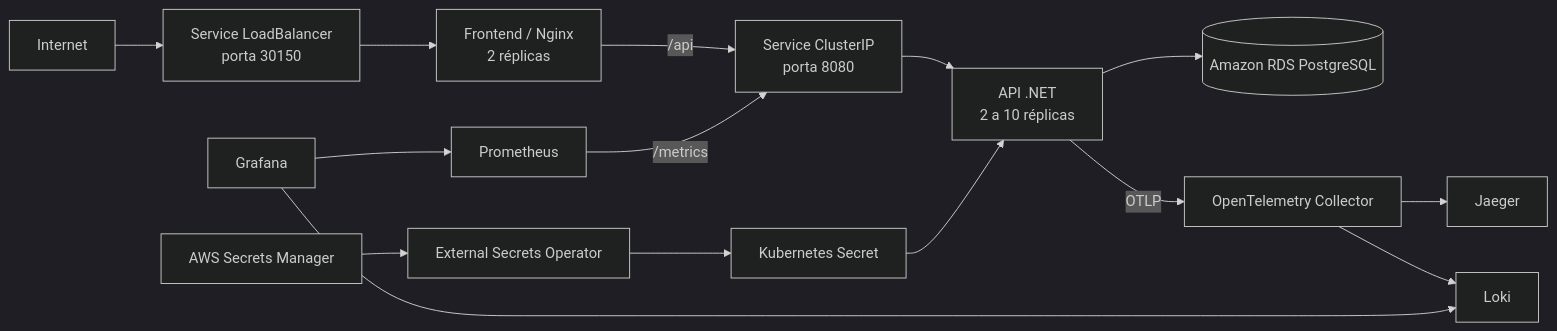
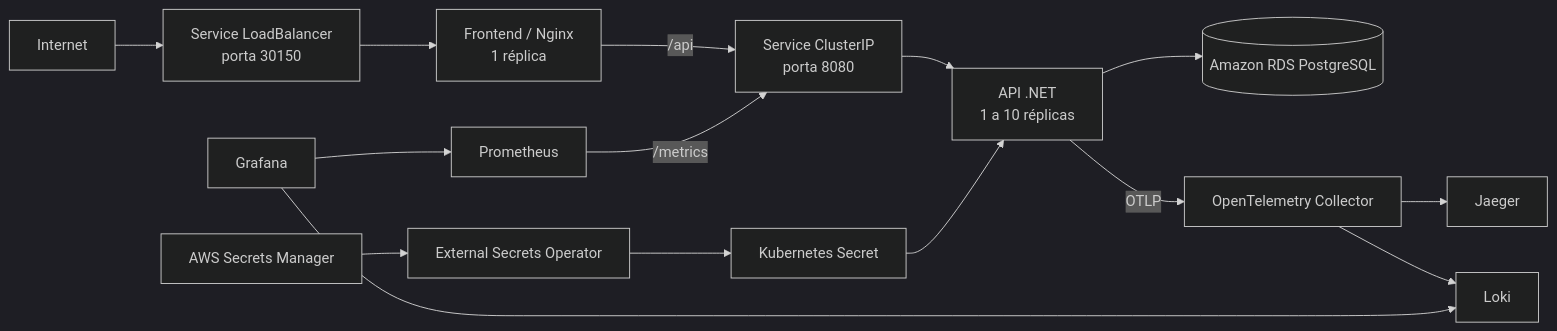
One commit to Maieru/fiap-tech-challenge changed the diagram in k8s/README.md. Above: the diagram before and after it, drawn with Mermaid (dark theme). The commit also changed other lines of this file and 25 other files, not shown here.

````diff
--- a/k8s/README.md
+++ b/k8s/README.md
@@ -7,17 +7,17 @@
 ```mermaid
 graph LR
     Internet --> LB["Service LoadBalancer<br/>porta 30150"]
-    LB --> Frontend["Frontend / Nginx<br/>2 réplicas"]
+    LB --> Frontend["Frontend / Nginx<br/>1 réplica"]
     Frontend -->|"/api"| BackendService["Service ClusterIP<br/>porta 8080"]
-    BackendService --> Backend["API .NET<br/>2 a 10 réplicas"]
+    BackendService --> Backend["API .NET<br/>1 a 10 réplicas"]
     Backend --> RDS[(Amazon RDS PostgreSQL)]
     Backend -->|"OTLP"| Collector[OpenTelemetry Collector]
     Collector --> Jaeger
     Collector --> Loki
     Prometheus -->|"/metrics"| BackendService
     Grafana --> Prometheus
     Grafana --> Loki
     Secrets["AWS Secrets Manager"] --> ExternalSecrets["External Secrets Operator"]
     ExternalSecrets --> BackendSecret["Kubernetes Secret"]
     BackendSecret --> Backend
 ```
````
